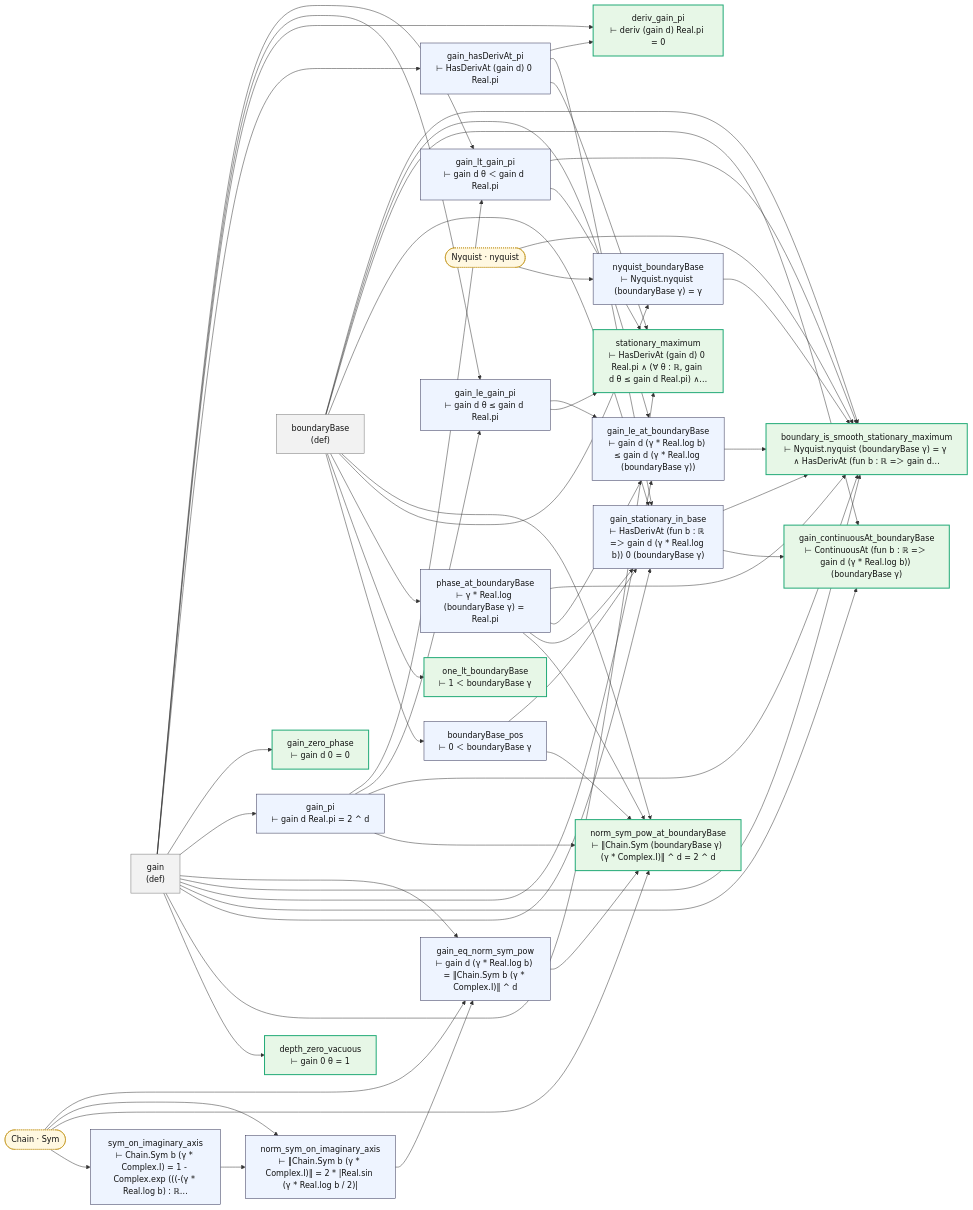
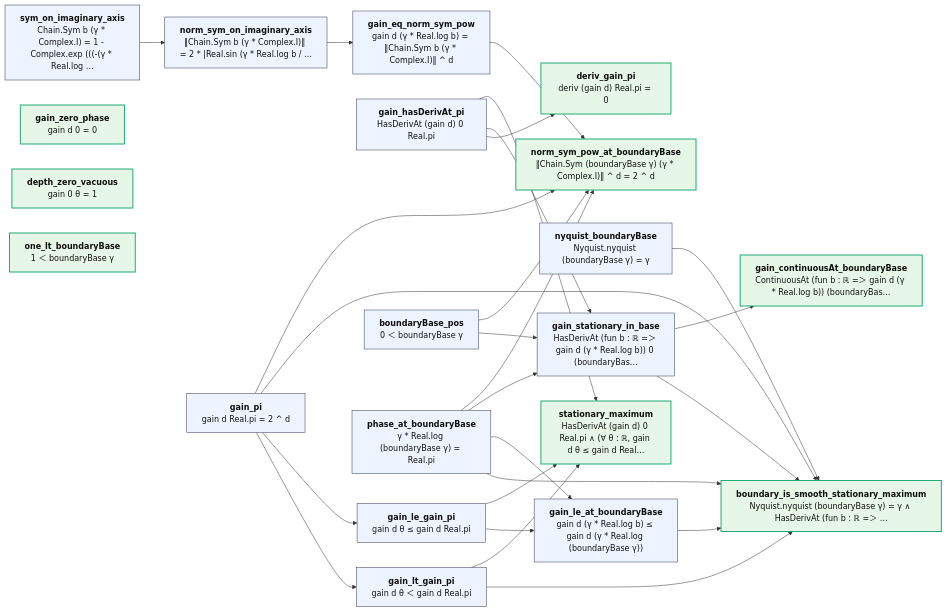
The diagram in map/lean/NyquistPeak.md (juliansambranojr/Primebeat_081426), drawn with Mermaid before and after one commit. The commit also changed other lines of this file and 387 other files, not shown here.

````diff
--- a/map/lean/NyquistPeak.md
+++ b/map/lean/NyquistPeak.md
@@ -8,85 +12,52 @@
 ```mermaid
 flowchart LR
-  n0["gain<br/>(def)"]:::dfn
-  n1["sym_on_imaginary_axis<br/>⊢ Chain.Sym b (γ * Complex.I) = 1 - Complex.exp (((-(γ * Real.log b) : ℝ…"]:::thm
-  n2["norm_sym_on_imaginary_axis<br/>⊢ ‖Chain.Sym b (γ * Complex.I)‖ = 2 * |Real.sin (γ * Real.log b / 2)|"]:::thm
-  n3["gain_eq_norm_sym_pow<br/>⊢ gain d (γ * Real.log b) = ‖Chain.Sym b (γ * Complex.I)‖ ^ d"]:::thm
-  n4["gain_pi<br/>⊢ gain d Real.pi = 2 ^ d"]:::thm
-  n5["gain_zero_phase<br/>⊢ gain d 0 = 0"]:::end_
-  n6["gain_hasDerivAt_pi<br/>⊢ HasDerivAt (gain d) 0 Real.pi"]:::thm
-  n7["deriv_gain_pi<br/>⊢ deriv (gain d) Real.pi = 0"]:::end_
-  n8["gain_le_gain_pi<br/>⊢ gain d θ ≤ gain d Real.pi"]:::thm
-  n9["gain_lt_gain_pi<br/>⊢ gain d θ ＜ gain d Real.pi"]:::thm
-  n10["depth_zero_vacuous<br/>⊢ gain 0 θ = 1"]:::end_
-  n11["stationary_maximum<br/>⊢ HasDerivAt (gain d) 0 Real.pi ∧ (∀ θ : ℝ, gain d θ ≤ gain d Real.pi) ∧…"]:::end_
-  n12["boundaryBase<br/>(def)"]:::dfn
-  n13["boundaryBase_pos<br/>⊢ 0 ＜ boundaryBase γ"]:::thm
-  n14["one_lt_boundaryBase<br/>⊢ 1 ＜ boundaryBase γ"]:::end_
-  n15["phase_at_boundaryBase<br/>⊢ γ * Real.log (boundaryBase γ) = Real.pi"]:::thm
-  n16["nyquist_boundaryBase<br/>⊢ Nyquist.nyquist (boundaryBase γ) = γ"]:::thm
-  n17["norm_sym_pow_at_boundaryBase<br/>⊢ ‖Chain.Sym (boundaryBase γ) (γ * Complex.I)‖ ^ d = 2 ^ d"]:::end_
-  n18["gain_stationary_in_base<br/>⊢ HasDerivAt (fun b : ℝ =＞ gain d (γ * Real.log b)) 0 (boundaryBase γ)"]:::thm
-  n19["gain_continuousAt_boundaryBase<br/>⊢ ContinuousAt (fun b : ℝ =＞ gain d (γ * Real.log b)) (boundaryBase γ)"]:::end_
-  n20["gain_le_at_boundaryBase<br/>⊢ gain d (γ * Real.log b) ≤ gain d (γ * Real.log (boundaryBase γ))"]:::thm
-  n21["boundary_is_smooth_stationary_maximum<br/>⊢ Nyquist.nyquist (boundaryBase γ) = γ ∧ HasDerivAt (fun b : ℝ =＞ gain d…"]:::end_
-  x0(["Chain · Sym"]):::ext
-  x1(["Nyquist · nyquist"]):::ext
-  n0 --> n10
-  n0 --> n11
-  n0 --> n18
-  n0 --> n19
-  n0 --> n20
-  n0 --> n21
-  n0 --> n3
-  n0 --> n4
-  n0 --> n5
-  n0 --> n6
-  n0 --> n7
-  n0 --> n8
-  n0 --> n9
+  n0["<b>sym_on_imaginary_axis</b><br/>Chain.Sym b (γ * Complex.I) = 1 - Complex.exp (((-(γ * Real.log …"]:::thm
+  n1["<b>norm_sym_on_imaginary_axis</b><br/>‖Chain.Sym b (γ * Complex.I)‖ = 2 * |Real.sin (γ * Real.log b / …"]:::thm
+  n2["<b>gain_eq_norm_sym_pow</b><br/>gain d (γ * Real.log b) = ‖Chain.Sym b (γ * Complex.I)‖ ^ d"]:::thm
+  n3["<b>gain_pi</b><br/>gain d Real.pi = 2 ^ d"]:::thm
+  n4["<b>gain_zero_phase</b><br/>gain d 0 = 0"]:::end_
+  n5["<b>gain_hasDerivAt_pi</b><br/>HasDerivAt (gain d) 0 Real.pi"]:::thm
+  n6["<b>deriv_gain_pi</b><br/>deriv (gain d) Real.pi = 0"]:::end_
+  n7["<b>gain_le_gain_pi</b><br/>gain d θ ≤ gain d Real.pi"]:::thm
+  n8["<b>gain_lt_gain_pi</b><br/>gain d θ ＜ gain d Real.pi"]:::thm
+  n9["<b>depth_zero_vacuous</b><br/>gain 0 θ = 1"]:::end_
+  n10["<b>stationary_maximum</b><br/>HasDerivAt (gain d) 0 Real.pi ∧ (∀ θ : ℝ, gain d θ ≤ gain d Real…"]:::end_
+  n11["<b>boundaryBase_pos</b><br/>0 ＜ boundaryBase γ"]:::thm
+  n12["<b>one_lt_boundaryBase</b><br/>1 ＜ boundaryBase γ"]:::end_
+  n13["<b>phase_at_boundaryBase</b><br/>γ * Real.log (boundaryBase γ) = Real.pi"]:::thm
+  n14["<b>nyquist_boundaryBase</b><br/>Nyquist.nyquist (boundaryBase γ) = γ"]:::thm
+  n15["<b>norm_sym_pow_at_boundaryBase</b><br/>‖Chain.Sym (boundaryBase γ) (γ * Complex.I)‖ ^ d = 2 ^ d"]:::end_
+  n16["<b>gain_stationary_in_base</b><br/>HasDerivAt (fun b : ℝ =＞ gain d (γ * Real.log b)) 0 (boundaryBas…"]:::thm
+  n17["<b>gain_continuousAt_boundaryBase</b><br/>ContinuousAt (fun b : ℝ =＞ gain d (γ * Real.log b)) (boundaryBas…"]:::end_
+  n18["<b>gain_le_at_boundaryBase</b><br/>gain d (γ * Real.log b) ≤ gain d (γ * Real.log (boundaryBase γ))"]:::thm
+  n19["<b>boundary_is_smooth_stationary_maximum</b><br/>Nyquist.nyquist (boundaryBase γ) = γ ∧ HasDerivAt (fun b : ℝ =＞ …"]:::end_
+  n0 --> n1
   n1 --> n2
-  n12 --> n13
-  n12 --> n14
-  n12 --> n15
-  n12 --> n16
-  n12 --> n17
-  n12 --> n18
-  n12 --> n19
-  n12 --> n20
-  n12 --> n21
-  n13 --> n17
+  n11 --> n15
+  n11 --> n16
+  n13 --> n15
+  n13 --> n16
   n13 --> n18
-  n15 --> n17
-  n15 --> n18
-  n15 --> n20
-  n15 --> n21
-  n16 --> n21
+  n13 --> n19
+  n14 --> n19
+  n16 --> n17
+  n16 --> n19
   n18 --> n19
-  n18 --> n21
-  n2 --> n3
-  n20 --> n21
-  n3 --> n17
-  n4 --> n17
-  n4 --> n21
-  n4 --> n8
-  n4 --> n9
-  n6 --> n11
-  n6 --> n18
-  n6 --> n7
-  n8 --> n11
-  n8 --> n20
-  n9 --> n11
-  n9 --> n21
-  x0 --> n1
-  x0 --> n17
-  x0 --> n2
-  x0 --> n3
-  x1 --> n16
-  x1 --> n21
+  n2 --> n15
+  n3 --> n15
+  n3 --> n19
+  n3 --> n7
+  n3 --> n8
+  n5 --> n10
+  n5 --> n16
+  n5 --> n6
+  n7 --> n10
+  n7 --> n18
+  n8 --> n10
+  n8 --> n19
   classDef thm fill:#eef4ff,stroke:#335,color:#111
-  classDef dfn fill:#f2f2f2,stroke:#777,color:#111
   classDef end_ fill:#e7f7e7,stroke:#2a7,color:#111,stroke-width:2px
   classDef lone fill:#fff,stroke:#999,color:#111,stroke-dasharray:4 3
   classDef bad fill:#ffe5e5,stroke:#c22,color:#111,stroke-width:2px
-  classDef ext fill:#fff8e1,stroke:#b80,color:#111,stroke-dasharray:2 2
+  classDef ext fill:#fff8e1,stroke:#b80,color:#111
 ```
````
